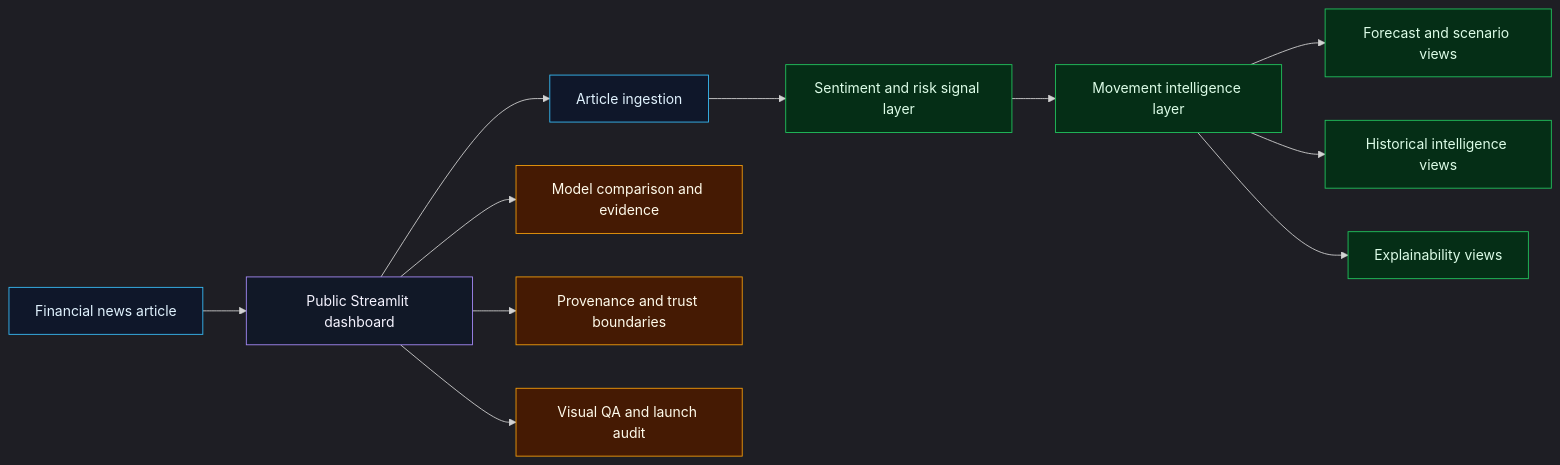
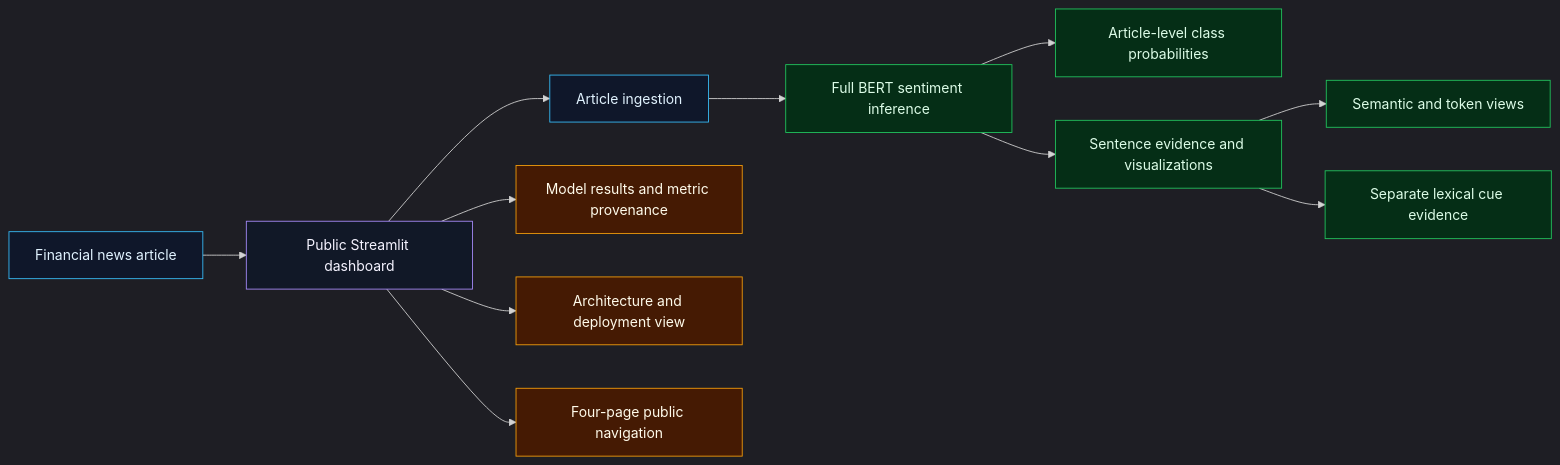
Before and after one commit to RuturajM31/financial-news-stock-intelligence: the first of 3 diagrams in README.md, drawn with Mermaid. The commit also changed other lines of this file, not shown here.

````diff
--- a/README.md
+++ b/README.md
@@ -105,24 +96,24 @@
 ```mermaid
 %%{init: { "theme": "dark" } }%%
 flowchart LR
     A["Financial news article"] --> B["Public Streamlit dashboard"]
     B --> C["Article ingestion"]
-    C --> D["Sentiment and risk signal layer"]
-    D --> E["Movement intelligence layer"]
-    E --> F["Forecast and scenario views"]
-    E --> G["Historical intelligence views"]
-    E --> H["Explainability views"]
-    B --> I["Model comparison and evidence"]
-    B --> J["Provenance and trust boundaries"]
-    B --> K["Visual QA and launch audit"]
+    C --> D["Full BERT sentiment inference"]
+    D --> E["Article-level class probabilities"]
+    D --> F["Sentence evidence and visualizations"]
+    F --> G["Semantic and token views"]
+    F --> H["Separate lexical cue evidence"]
+    B --> I["Model results and metric provenance"]
+    B --> J["Architecture and deployment view"]
+    B --> K["Four-page public navigation"]
 
     classDef input fill:#0f172a,stroke:#38bdf8,color:#e0f2fe;
     classDef app fill:#111827,stroke:#a78bfa,color:#f5f3ff;
     classDef intelligence fill:#052e16,stroke:#22c55e,color:#dcfce7;
     classDef qa fill:#451a03,stroke:#f59e0b,color:#fffbeb;
 
     class A,C input;
     class B app;
     class D,E,F,G,H intelligence;
     class I,J,K qa;
 ```
````
